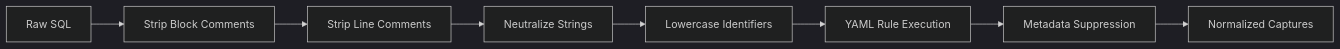
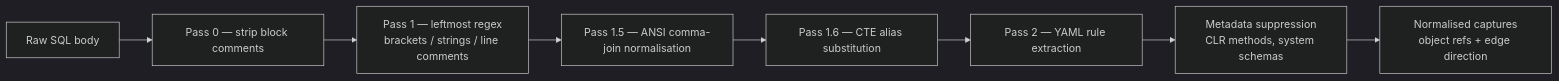
Before and after one commit to ChrisDevRepo/vscode_data_lineage: the second of 3 diagrams in docs/DEVELOPER_GUIDE.md, drawn with Mermaid (dark theme). The commit also changed other lines of this file and 10 other files, not shown here.

````diff
--- a/docs/DEVELOPER_GUIDE.md
+++ b/docs/DEVELOPER_GUIDE.md
@@ -39,10 +63,10 @@
 ```mermaid
 flowchart LR
-    IN[Raw SQL] --> C1[Strip Block Comments]
-    C1 --> C2[Strip Line Comments]
-    C2 --> C3[Neutralize Strings]
-    C3 --> C4[Lowercase Identifiers]
-    C4 --> RE[YAML Rule Execution]
-    RE --> SUP[Metadata Suppression]
-    SUP --> CAP[Normalized Captures]
+    IN[Raw SQL body] --> C1[Pass 0 — strip block comments]
+    C1 --> C2[Pass 1 — leftmost regex<br/>brackets / strings / line comments]
+    C2 --> C3[Pass 1.5 — ANSI comma-join normalisation]
+    C3 --> C4[Pass 1.6 — CTE alias substitution]
+    C4 --> RE[Pass 2 — YAML rule extraction]
+    RE --> SUP[Metadata suppression<br/>CLR methods, system schemas]
+    SUP --> CAP[Normalised captures<br/>object refs + edge direction]
 ```
````
